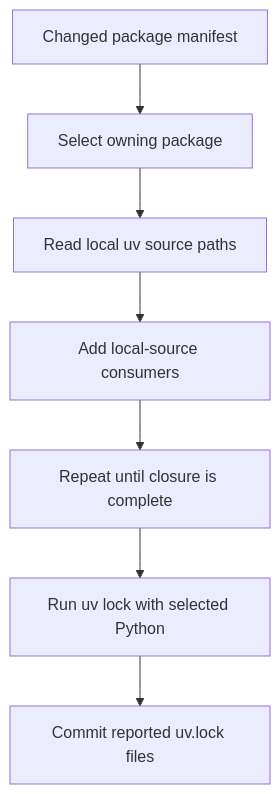
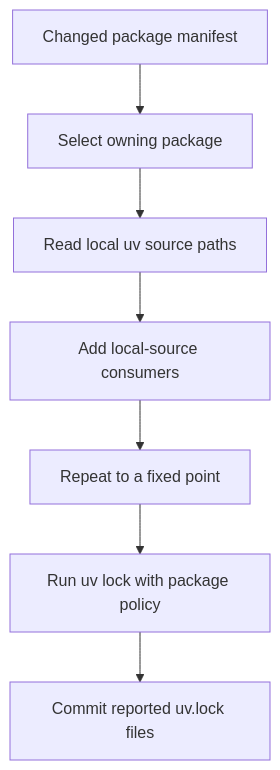
Before and after one commit to langchain-ai/deepagents: the first of 3 diagrams in openwiki/operations/development.md, drawn with Mermaid. The commit also changed other lines of this file and 35 other files, not shown here.

````diff
--- a/openwiki/operations/development.md
+++ b/openwiki/operations/development.md
@@ -100,9 +102,9 @@
 ```mermaid
 flowchart TD
     Change["Changed package manifest"] --> Owner["Select owning package"]
     Owner --> Sources["Read local uv source paths"]
     Sources --> Consumers["Add local-source consumers"]
-    Consumers --> Closure["Repeat until closure is complete"]
-    Closure --> Resolve["Run uv lock with selected Python"]
+    Consumers --> Closure["Repeat to a fixed point"]
+    Closure --> Resolve["Run uv lock with package policy"]
     Resolve --> Commit["Commit reported uv.lock files"]
 ```
````
